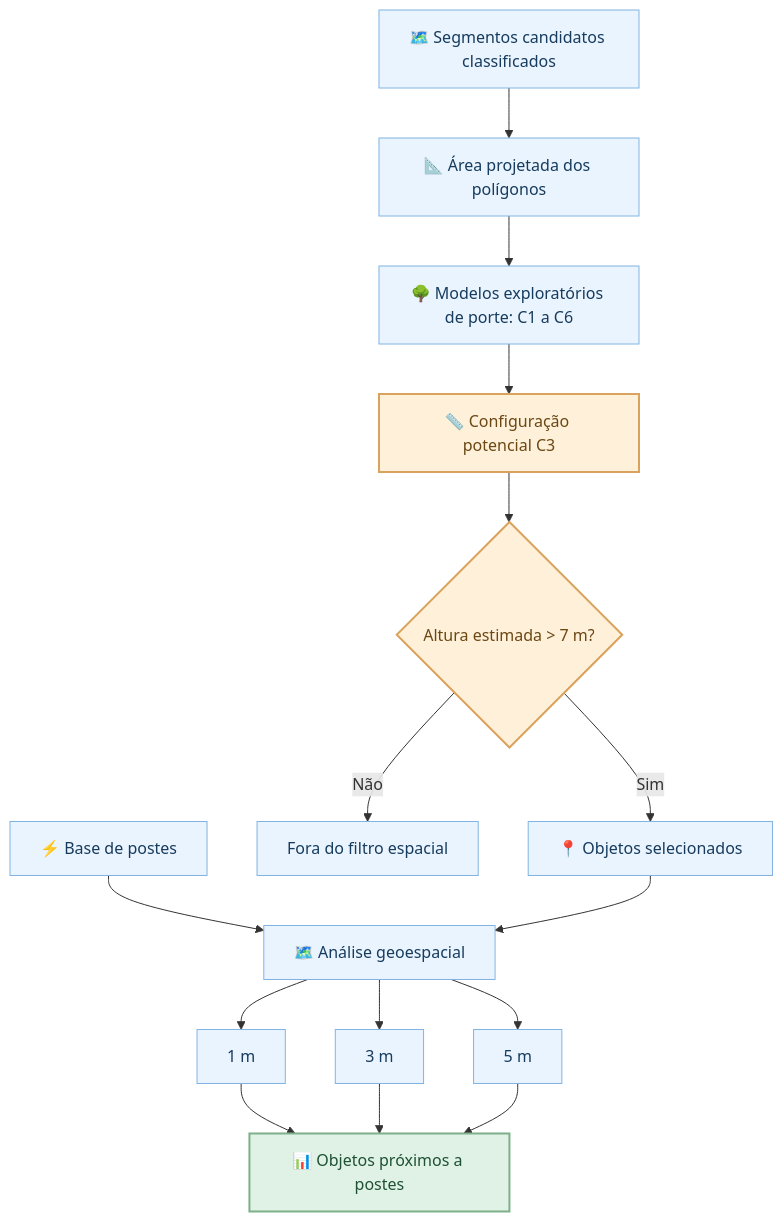
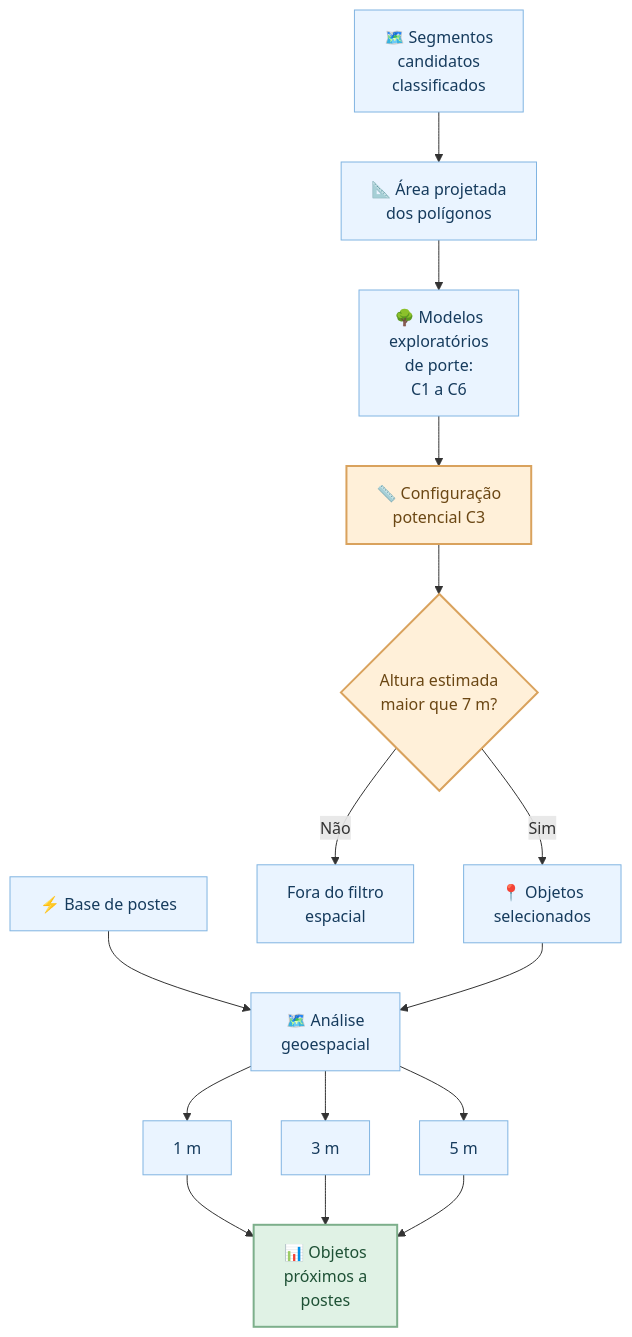
The second of 5 diagrams in README.md (BrenoBragaGalvao/mestrado-arvores-urbanas), drawn with Mermaid before and after one commit. The commit also changed other lines of this file, not shown here.

Commit message:
fix(readme): quebrar labels de todos os fluxogramas Mermaid para evitar texto cortado

````diff
--- a/README.md
+++ b/README.md
@@ -76,24 +76,24 @@
 ```mermaid
 flowchart TD
-    A["🗺️ Segmentos candidatos classificados"] --> B["📐 Área projetada dos polígonos"]
-    B --> C["🌳 Modelos exploratórios de porte: C1 a C6"]
-    C --> D["📏 Configuração potencial C3"]
-    D --> E{"Altura estimada > 7 m?"}
-    E -->|Sim| F["📍 Objetos selecionados"]
-    E -->|Não| G["Fora do filtro espacial"]
-    H["⚡ Base de postes"] --> I["🗺️ Análise geoespacial"]
+    A["🗺️ Segmentos<br/>candidatos<br/>classificados"] --> B["📐 Área projetada<br/>dos polígonos"]
+    B --> C["🌳 Modelos<br/>exploratórios<br/>de porte:<br/>C1 a C6"]
+    C --> D["📏 Configuração<br/>potencial C3"]
+    D --> E{"Altura estimada<br/>maior que 7 m?"}
+    E -->|Sim| F["📍 Objetos<br/>selecionados"]
+    E -->|Não| G["Fora do filtro<br/>espacial"]
+    H["⚡ Base de postes"] --> I["🗺️ Análise<br/>geoespacial"]
     F --> I
     I --> J["1 m"]
     I --> K["3 m"]
     I --> L["5 m"]
-    J --> M["📊 Objetos próximos a postes"]
+    J --> M["📊 Objetos<br/>próximos a<br/>postes"]
     K --> M
     L --> M
 
     classDef etapa fill:#eaf4ff,stroke:#80b4e2,color:#163b5d,stroke-width:1px;
     classDef principal fill:#fff0d9,stroke:#d9a25d,color:#6b4714,stroke-width:2px;
     classDef saida fill:#e0f2e5,stroke:#7daf8b,color:#1e5135,stroke-width:2px;
     class A,B,C,F,G,H,I,J,K,L etapa;
     class D,E principal;
     class M saida;
 ```
````
